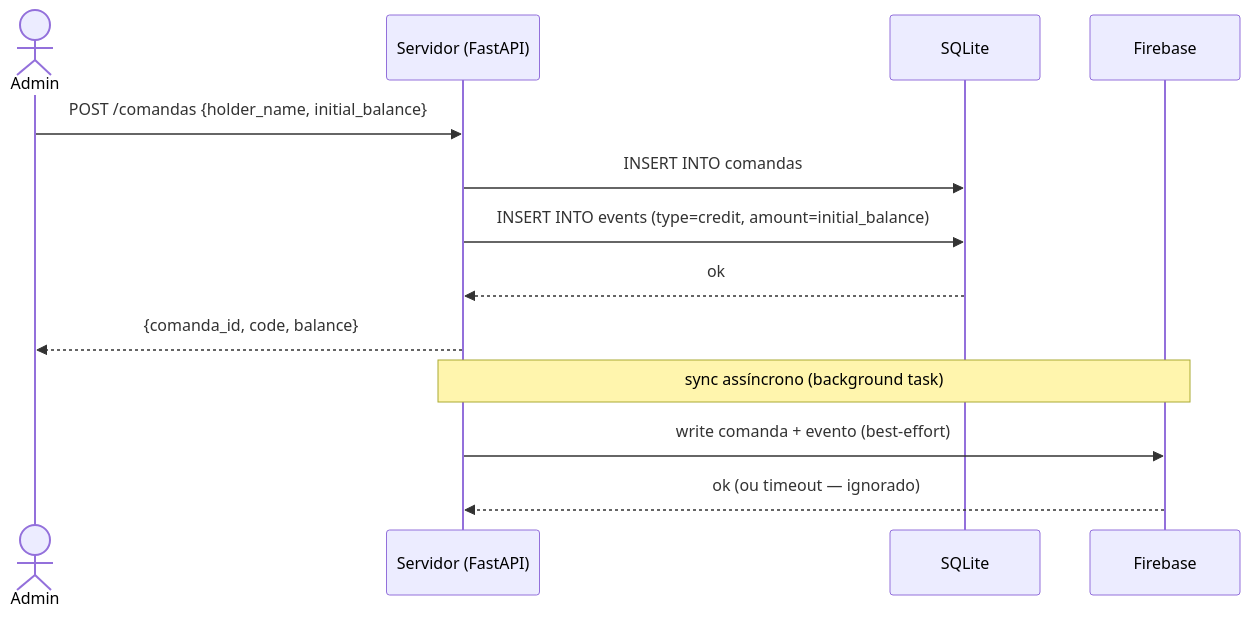
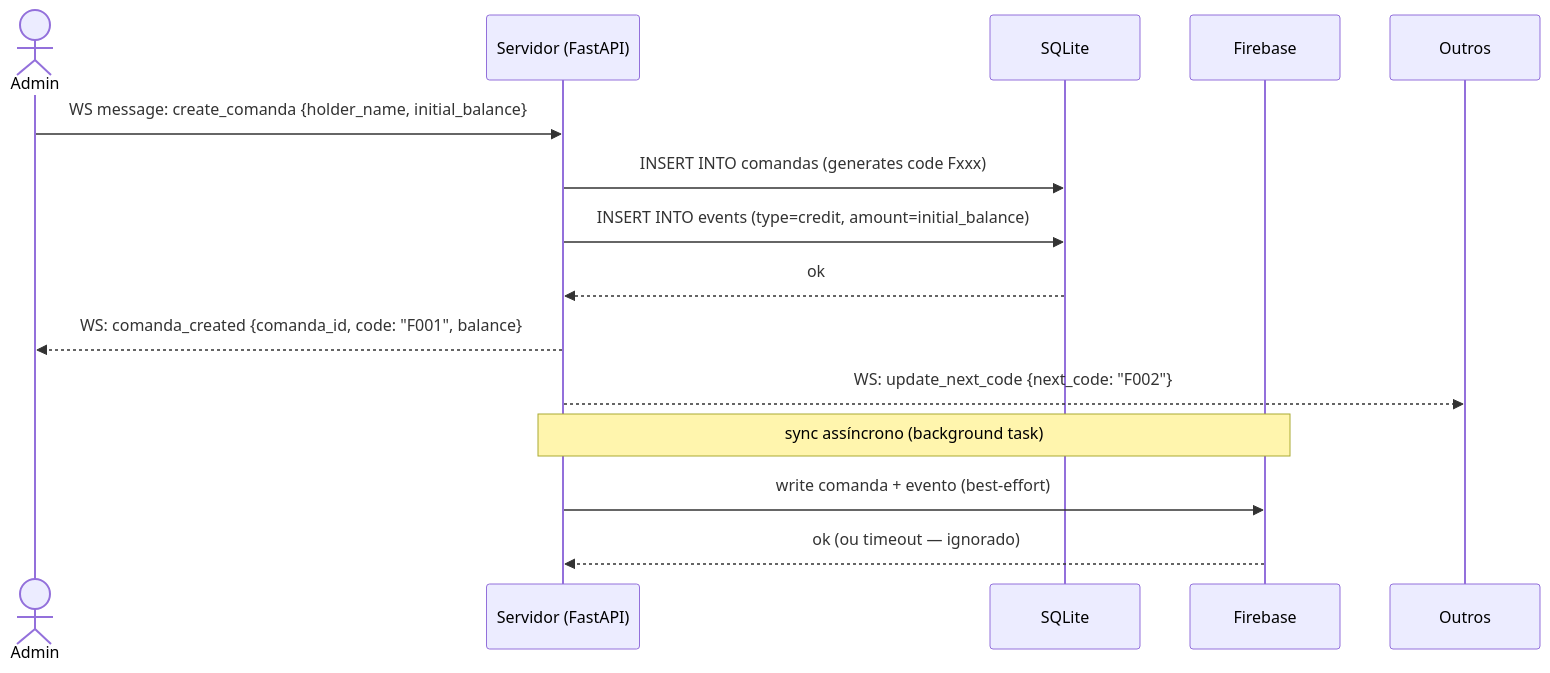
The first of 5 diagrams in docs/diagrams/sequence.md (fiorionrails/feira-da-troca), drawn with Mermaid before and after one commit. The commit also changed other lines of this file and 3 other files, not shown here.

Commit message:
docs: add API reference and architecture overview documentation

````diff
--- a/docs/diagrams/sequence.md
+++ b/docs/diagrams/sequence.md
@@ -11,17 +11,18 @@
 ```mermaid
 sequenceDiagram
     actor Admin
     participant API as Servidor (FastAPI)
     participant DB as SQLite
     participant FB as Firebase
 
-    Admin->>API: POST /comandas {holder_name, initial_balance}
-    API->>DB: INSERT INTO comandas
+    Admin->>API: WS message: create_comanda {holder_name, initial_balance}
+    API->>DB: INSERT INTO comandas (generates code Fxxx)
     API->>DB: INSERT INTO events (type=credit, amount=initial_balance)
     DB-->>API: ok
-    API-->>Admin: {comanda_id, code, balance}
+    API-->>Admin: WS: comanda_created {comanda_id, code: "F001", balance}
+    API-->>Outros: WS: update_next_code {next_code: "F002"}
     
     Note over API,FB: sync assíncrono (background task)
     API->>FB: write comanda + evento (best-effort)
     FB-->>API: ok (ou timeout — ignorado)
 ```
````
